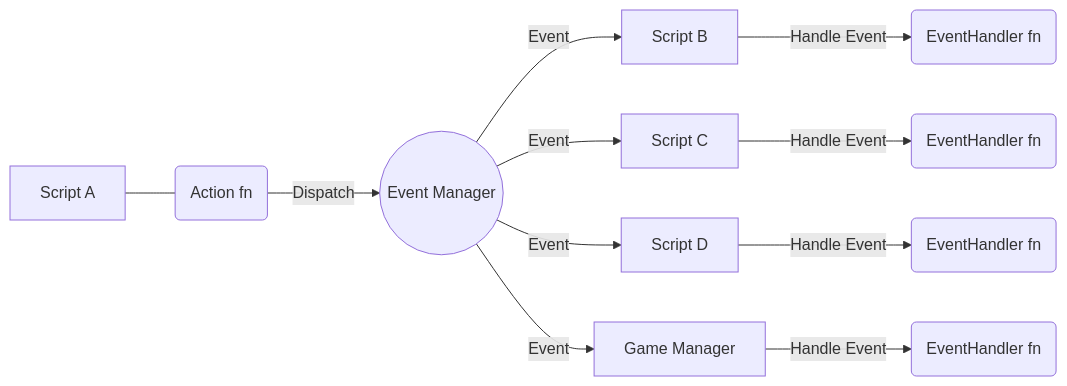
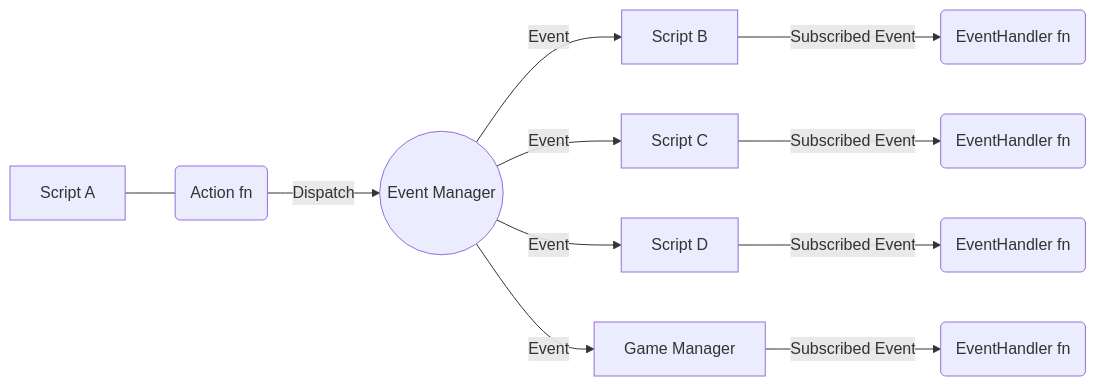
The diagram in README.md (gsg-jay/GamePatterns), drawn with Mermaid before and after one commit.

````diff
--- a/README.md
+++ b/README.md
@@ -3,9 +3,9 @@
 ```mermaid
 graph LR;
 c0["Script A"]---a
 a("Action fn")-->|Dispatch|em(("Event Manager"))
-em-->|Event|c1["Script B"]-->|Handle Event|eh1("EventHandler fn")
-em-->|Event|c2["Script C"]-->|Handle Event|eh2("EventHandler fn")
-em-->|Event|c3["Script D"]-->|Handle Event|eh3("EventHandler fn")
-em-->|Event|gm["Game Manager"]-->|Handle Event|eh4("EventHandler fn")
+em-->|Event|c1["Script B"]-->|Subscribed Event|eh1("EventHandler fn")
+em-->|Event|c2["Script C"]-->|Subscribed Event|eh2("EventHandler fn")
+em-->|Event|c3["Script D"]-->|Subscribed Event|eh3("EventHandler fn")
+em-->|Event|gm["Game Manager"]-->|Subscribed Event|eh4("EventHandler fn")
 ```
````
